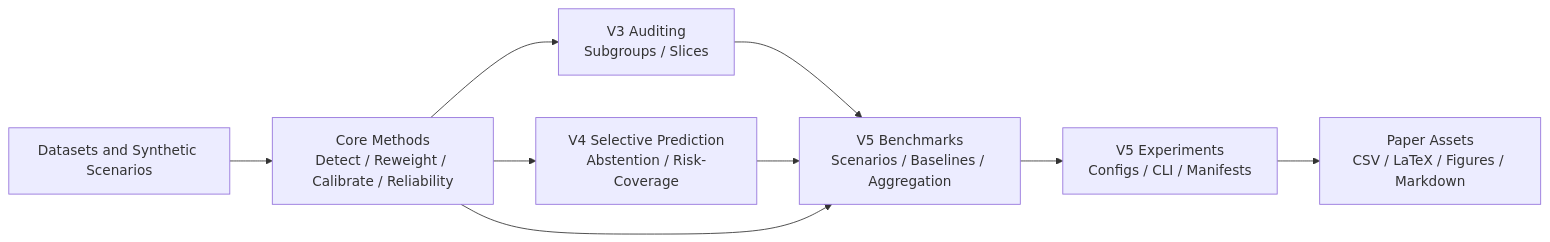
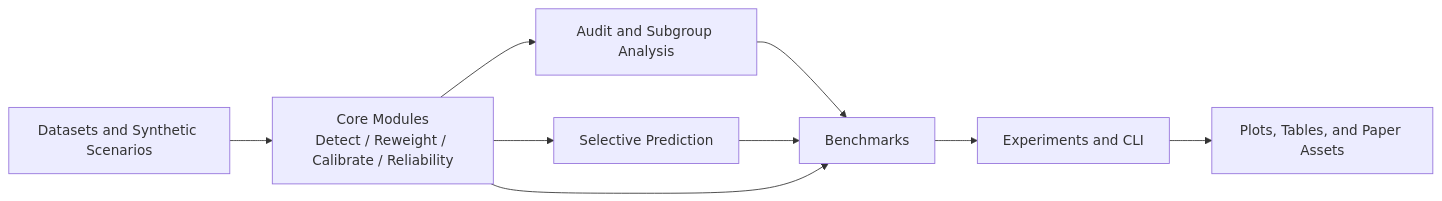
One commit to MehdiOudghiri1/shiftstat changed the diagram in README.md. Above: the diagram before and after it, drawn with Mermaid. The commit also changed other lines of this file, not shown here.

````diff
--- a/README.md
+++ b/README.md
@@ -76,19 +112,19 @@
 ```mermaid
 flowchart LR
     D[Datasets and Synthetic Scenarios]
-    M[Core Methods\nDetect / Reweight / Calibrate / Reliability]
-    A[V3 Auditing\nSubgroups / Slices]
-    S[V4 Selective Prediction\nAbstention / Risk-Coverage]
-    B[V5 Benchmarks\nScenarios / Baselines / Aggregation]
-    E[V5 Experiments\nConfigs / CLI / Manifests]
-    P[Paper Assets\nCSV / LaTeX / Figures / Markdown]
+    C[Core Modules\nDetect / Reweight / Calibrate / Reliability]
+    A[Audit and Subgroup Analysis]
+    S[Selective Prediction]
+    B[Benchmarks]
+    E[Experiments and CLI]
+    P[Plots, Tables, and Paper Assets]
 
-    D --> M
-    M --> A
-    M --> S
+    D --> C
+    C --> A
+    C --> S
     A --> B
     S --> B
-    M --> B
+    C --> B
     B --> E
     E --> P
 ```
````
